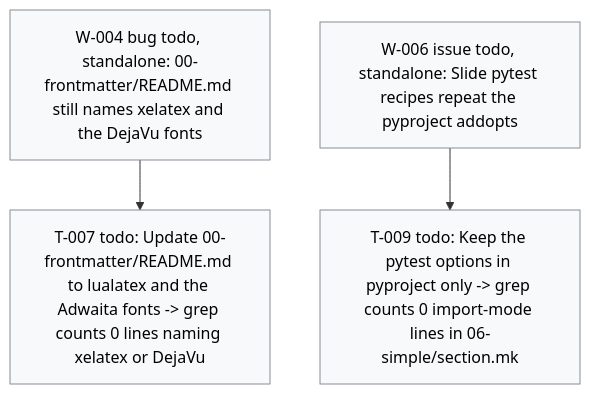
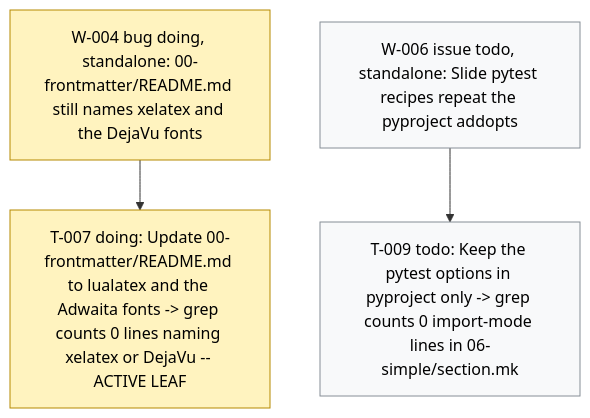
One commit to dpopchev/chaos-to-simple changed the diagram in .board/BOARD.md. Above: the diagram before and after it, drawn with Mermaid. The commit also changed other lines of this file and 2 other files, not shown here.

Commit message:
chore(board): activate W-004, start T-007
Refs: W-004 T-007

````diff
--- a/.board/BOARD.md
+++ b/.board/BOARD.md
@@ -42,13 +42,14 @@
 ```mermaid
 flowchart TD
-  W004["W-004 bug todo, standalone: 00-frontmatter/README.md still names xelatex and the DejaVu fonts"]
-  W004 --> T007["T-007 todo: Update 00-frontmatter/README.md to lualatex and the Adwaita fonts -> grep counts 0 lines naming xelatex or DejaVu"]
+  W004["W-004 bug doing, standalone: 00-frontmatter/README.md still names xelatex and the DejaVu fonts"]
+  W004 --> T007["T-007 doing: Update 00-frontmatter/README.md to lualatex and the Adwaita fonts -> grep counts 0 lines naming xelatex or DejaVu -- ACTIVE LEAF"]
   W006["W-006 issue todo, standalone: Slide pytest recipes repeat the pyproject addopts"]
   W006 --> T009["T-009 todo: Keep the pytest options in pyproject only -> grep counts 0 import-mode lines in 06-simple/section.mk"]
   classDef doing fill:#fff3bf,stroke:#b58900,color:#000;
   classDef blocked fill:#ffe3e3,stroke:#c92a2a,color:#000;
   classDef done fill:#e6ffed,stroke:#2b8a3e,color:#000;
   classDef todo fill:#f8f9fa,stroke:#868e96,color:#000;
   classDef pruned fill:#f1f3f5,stroke:#adb5bd,color:#000;
-  class W004,T007,W006,T009 todo
+  class W004,T007 doing
+  class W006,T009 todo
 ```
````
